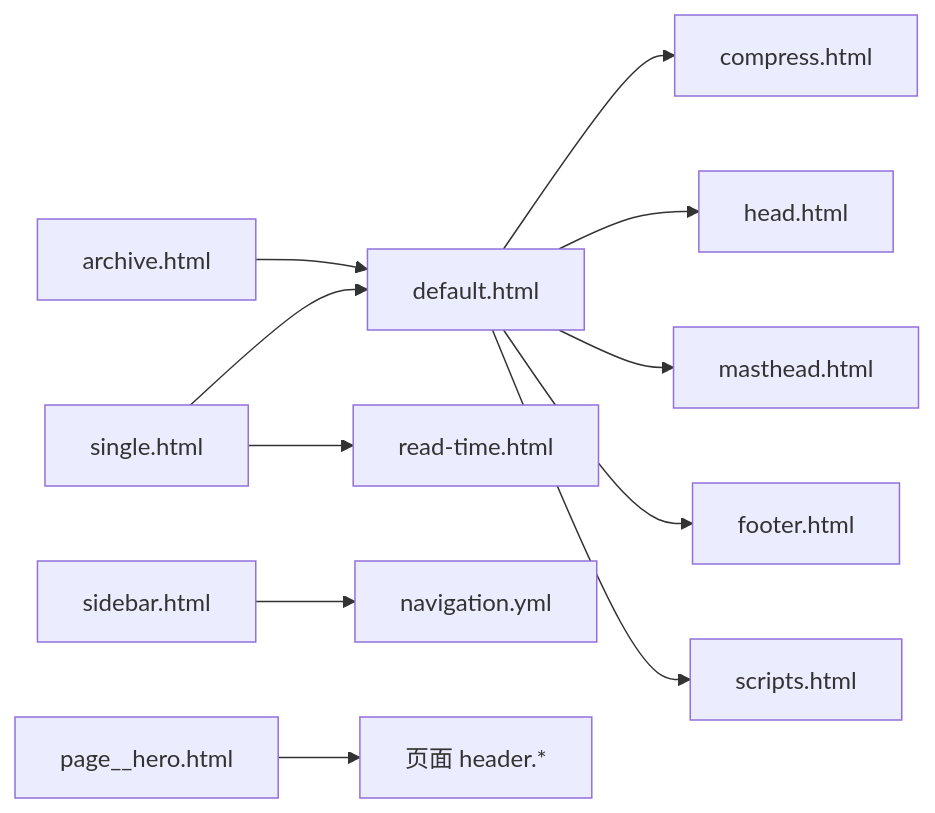
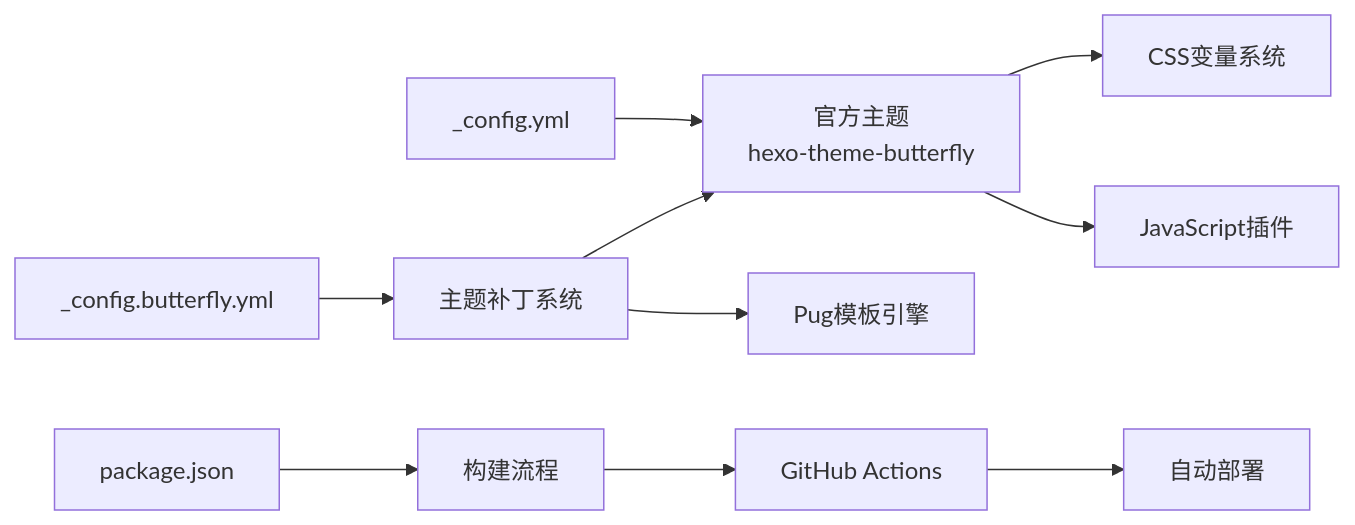
One commit to CoolPig0720/CoolPig0720.github.io changed the third of 3 diagrams in .qoder/repowiki/zh/content/页面布局和模板系统/自定义开发指南.md. Above: the diagram before and after it, drawn with Mermaid. The commit also changed other lines of this file and 14 other files, not shown here.

````diff
--- a/.qoder/repowiki/zh/content/页面布局和模板系统/自定义开发指南.md
+++ b/.qoder/repowiki/zh/content/页面布局和模板系统/自定义开发指南.md
@@ -299,13 +510,12 @@
 ```mermaid
 graph LR
-Single["single.html"] --> Default["default.html"]
-Archive["archive.html"] --> Default
-Default --> Compress["compress.html"]
-Default --> Head["head.html"]
-Default --> Masthead["masthead.html"]
-Default --> Footer["footer.html"]
-Default --> Scripts["scripts.html"]
-Sidebar["sidebar.html"] --> Nav["navigation.yml"]
-Hero["page__hero.html"] --> PageHeader["页面 header.*"]
-Single --> ReadTime["read-time.html"]
+SubPatch["主题补丁系统"] --> OfficialTheme["官方主题<br/>hexo-theme-butterfly"]
+SubPatch --> PugEngine["Pug模板引擎"]
+OfficialTheme --> CSSVars["CSS变量系统"]
+OfficialTheme --> JSPlugins["JavaScript插件"]
+Config["_config.butterfly.yml"] --> SubPatch
+HexoCfg["_config.yml"] --> OfficialTheme
+PackageJSON["package.json"] --> BuildProcess["构建流程"]
+BuildProcess --> GHActions["GitHub Actions"]
+GHActions --> Deploy["自动部署"]
 ```
````
